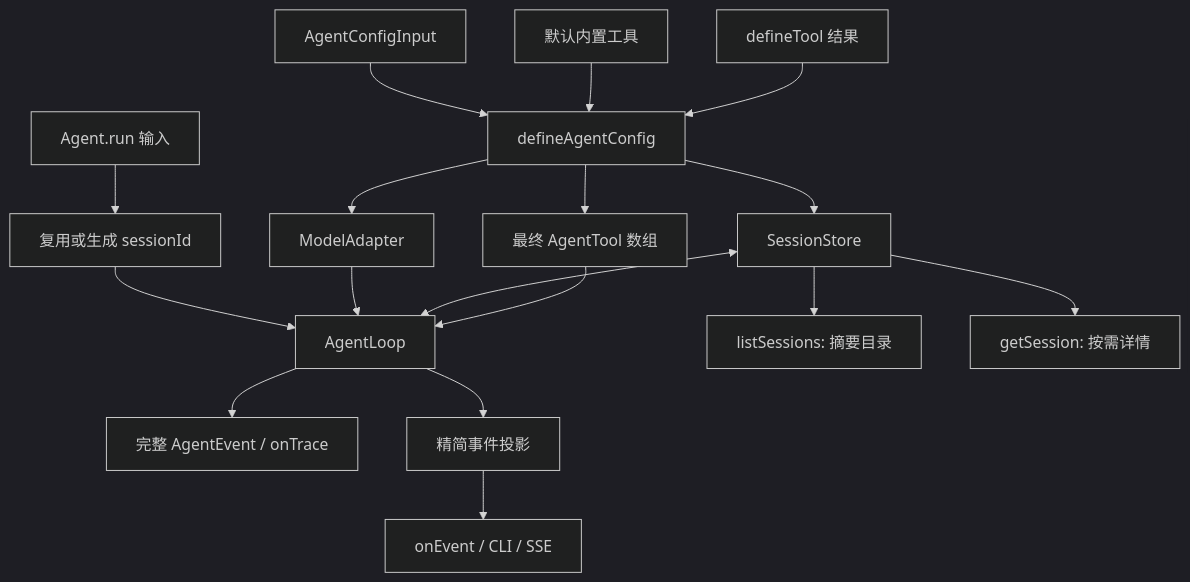
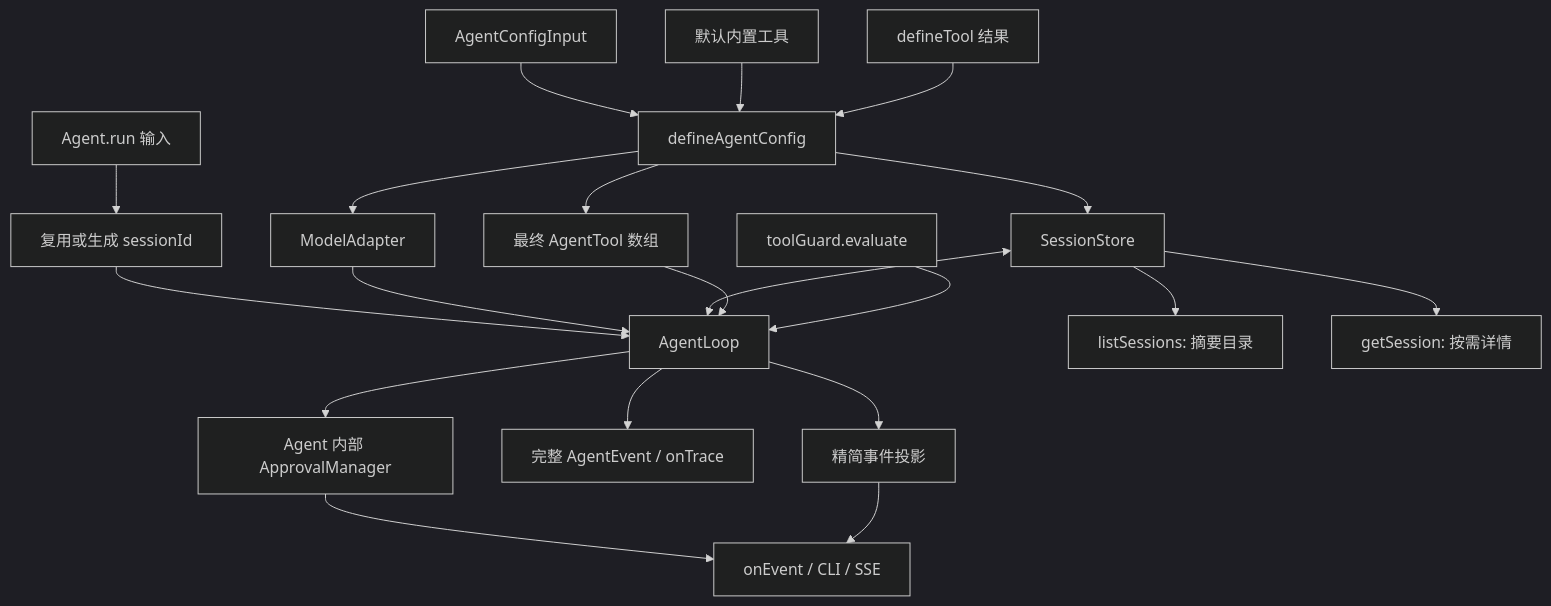
The first of 2 diagrams in docs/learning/craft-agent-facade.md (AlbertE1990/crafteHarness), drawn with Mermaid (dark theme) before and after one commit. The commit also changed other lines of this file and 36 other files, not shown here.

````diff
--- a/docs/learning/craft-agent-facade.md
+++ b/docs/learning/craft-agent-facade.md
@@ -81,19 +84,22 @@
 ```mermaid
 flowchart TD
   Config[AgentConfigInput] --> Normalize[defineAgentConfig]
   Normalize --> Adapter[ModelAdapter]
   Normalize --> Store[SessionStore]
   Builtins[默认内置工具] --> Normalize
   Normalize --> Tools[最终 AgentTool 数组]
   Request[Agent.run 输入] --> SessionId[复用或生成 sessionId]
   SessionId --> Loop[AgentLoop]
   Adapter --> Loop
   Store <--> Loop
   RawTools[defineTool 结果] --> Normalize
   Tools --> Loop
+  Guard[toolGuard.evaluate] --> Loop
+  Loop --> Approval[Agent 内部 ApprovalManager]
+  Approval --> Output
   Loop --> Trace[完整 AgentEvent / onTrace]
   Loop --> Project[精简事件投影]
   Project --> Output[onEvent / CLI / SSE]
   Store --> Catalog[listSessions: 摘要目录]
   Store --> Detail[getSession: 按需详情]
 ```
````
